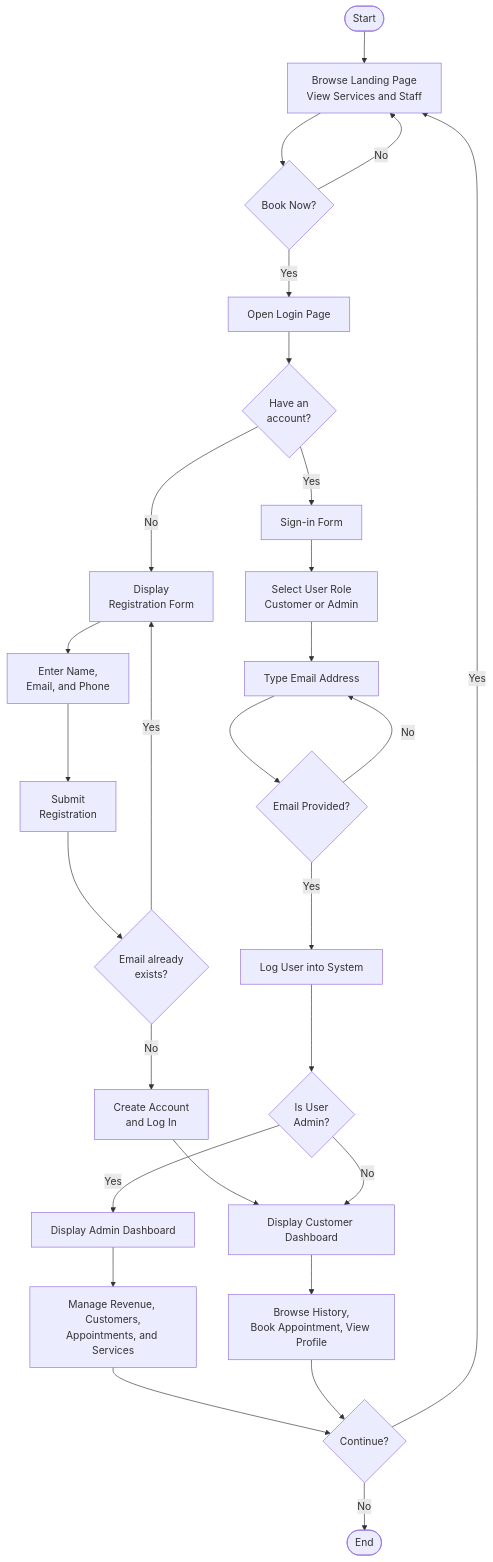
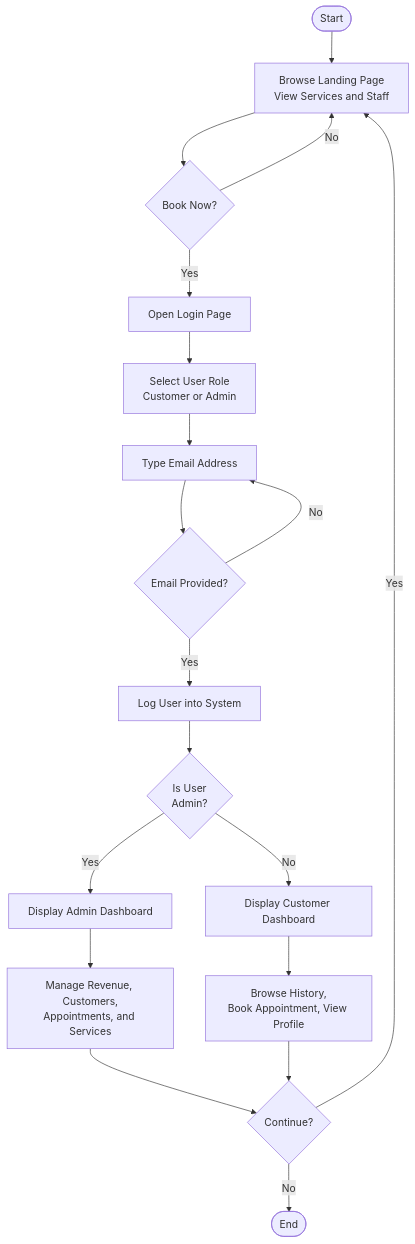
Before and after one commit to pandadoor/crm: the second of 2 diagrams in README.md, drawn with Mermaid. The commit also changed other lines of this file, not shown here.

Commit message:
fix: Process Flowchart assumes customer already has account
- Removed registration branch and 'Have an account?' decision
- Flow starts directly at sign-in with role selection
- Cleaner linear procedure per DOCX guide

````diff
--- a/README.md
+++ b/README.md
@@ -108,32 +108,21 @@
 ```mermaid
 graph TD
     P_START([Start]) --> BROWSE[Browse Landing Page<br/>View Services and Staff]
     BROWSE --> BOOK{Book Now?}
     BOOK -->|No| BROWSE
     BOOK -->|Yes| LOGIN[Open Login Page]
-    LOGIN --> HAS_ACCT{Have an<br/>account?}
-    HAS_ACCT -->|No| REG_FORM[Display<br/>Registration Form]
-    REG_FORM --> FILL_REG[Enter Name,<br/>Email, and Phone]
-    FILL_REG --> SUBMIT_REG[Submit<br/>Registration]
-    SUBMIT_REG --> REG_CHECK{Email already<br/>exists?}
-    REG_CHECK -->|Yes| REG_FORM
-    REG_CHECK -->|No| CREATE_ACCT[Create Account<br/>and Log In]
-    CREATE_ACCT --> CUST_DASH[Display Customer Dashboard]
-
-    HAS_ACCT -->|Yes| SIGN_IN[Sign-in Form]
-    SIGN_IN --> ROLE[Select User Role<br/>Customer or Admin]
+    LOGIN --> ROLE[Select User Role<br/>Customer or Admin]
     ROLE --> EMAIL[Type Email Address]
     EMAIL --> CHECK{Email Provided?}
     CHECK -->|No| EMAIL
     CHECK -->|Yes| AUTH[Log User into System]
     AUTH --> IS_ADMIN{Is User<br/>Admin?}
     IS_ADMIN -->|Yes| ADMIN_DASH[Display Admin Dashboard]
     IS_ADMIN -->|No| CUST_DASH[Display Customer Dashboard]
-
     ADMIN_DASH --> ADMIN_OPS[Manage Revenue, Customers,<br/>Appointments, and Services]
     CUST_DASH --> CUST_OPS[Browse History,<br/>Book Appointment, View Profile]
     ADMIN_OPS --> CONT{Continue?}
     CUST_OPS --> CONT
     CONT -->|Yes| BROWSE
     CONT -->|No| P_END([End])
 ```
````
